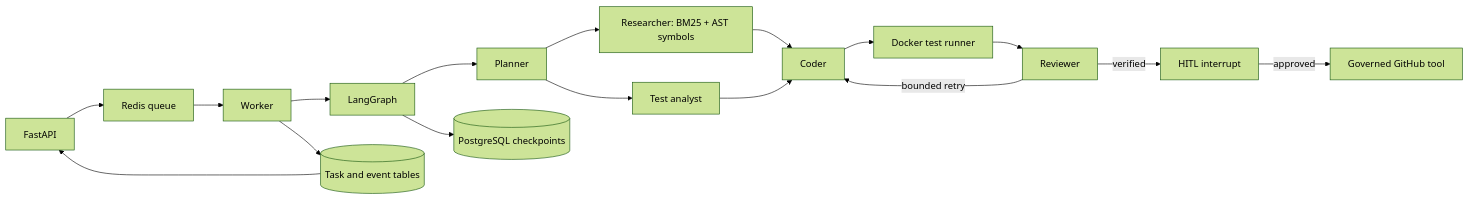
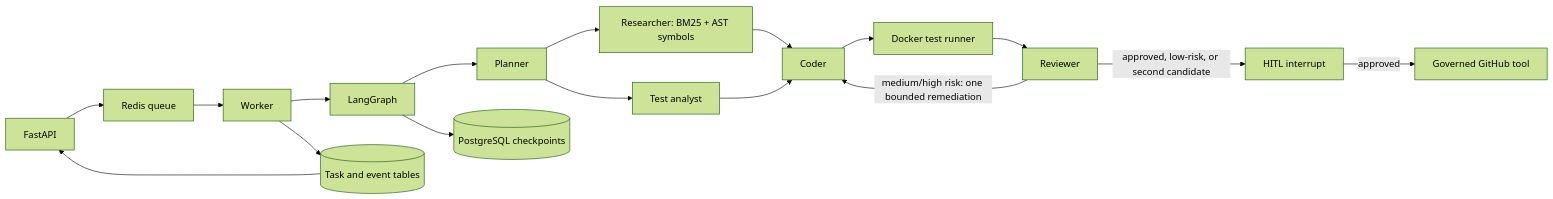
The diagram in docs/architecture.md (xsw932187210-cell/RepoPilot), drawn with Mermaid (forest theme) before and after one commit. The commit also changed other lines of this file and 63 other files, not shown here.

````diff
--- a/docs/architecture.md
+++ b/docs/architecture.md
@@ -5,19 +5,19 @@
 ```mermaid
 flowchart LR
   API[FastAPI] --> Q[Redis queue]
   Q --> W[Worker]
   W --> G[LangGraph]
   G --> P[Planner]
   P --> R[Researcher: BM25 + AST symbols]
   P --> T[Test analyst]
   R --> C[Coder]
   T --> C
   C --> S[Docker test runner]
   S --> V[Reviewer]
-  V -->|bounded retry| C
-  V -->|verified| H[HITL interrupt]
+  V -->|medium/high risk: one bounded remediation| C
+  V -->|approved, low-risk, or second candidate| H[HITL interrupt]
   H -->|approved| GH[Governed GitHub tool]
   G --> CP[(PostgreSQL checkpoints)]
   W --> E[(Task and event tables)]
   E --> API
 ```
````
